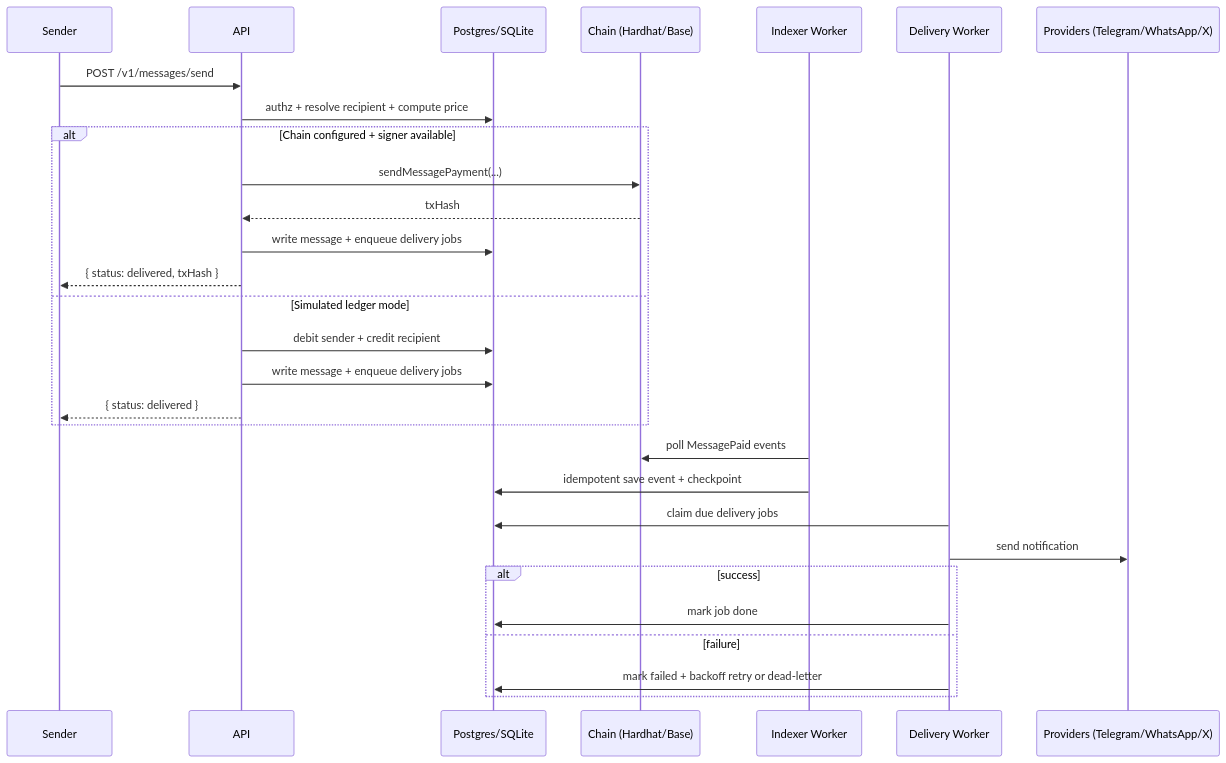
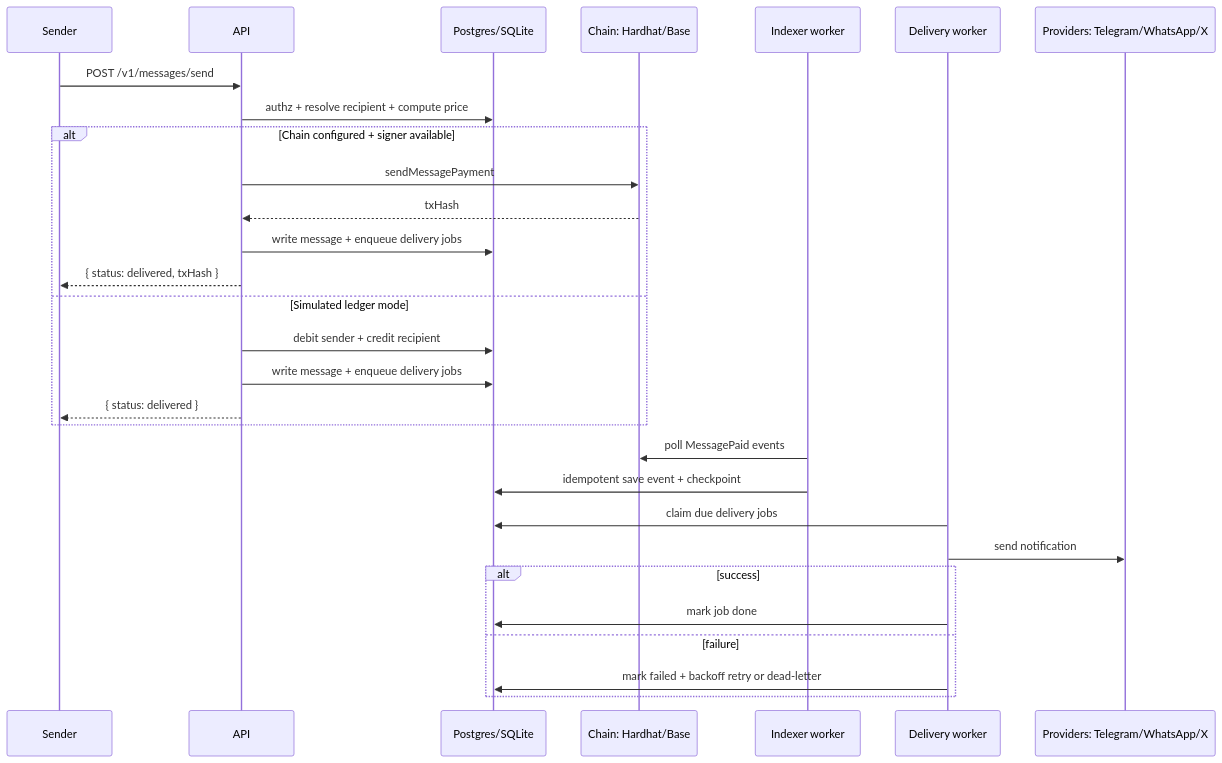
One commit to gary322/Multi-Messaging-Paid changed the fifth of 14 diagrams in README.md. Above: the diagram before and after it, drawn with Mermaid. The commit also changed other lines of this file, not shown here.

Commit message:
Docs: make all Mermaid diagrams GitHub-compatible

````diff
--- a/README.md
+++ b/README.md
@@ -241,35 +244,35 @@
 ```mermaid
 sequenceDiagram
   participant S as Sender
   participant A as API
   participant DB as Postgres/SQLite
-  participant C as Chain (Hardhat/Base)
-  participant I as Indexer Worker
-  participant W as Delivery Worker
-  participant P as Providers (Telegram/WhatsApp/X)
+  participant C as Chain: Hardhat/Base
+  participant I as Indexer worker
+  participant W as Delivery worker
+  participant P as Providers: Telegram/WhatsApp/X
 
   S->>A: POST /v1/messages/send
   A->>DB: authz + resolve recipient + compute price
 
   alt Chain configured + signer available
-    A->>C: sendMessagePayment(...)
+    A->>C: sendMessagePayment
     C-->>A: txHash
     A->>DB: write message + enqueue delivery jobs
     A-->>S: { status: delivered, txHash }
   else Simulated ledger mode
     A->>DB: debit sender + credit recipient
     A->>DB: write message + enqueue delivery jobs
     A-->>S: { status: delivered }
   end
 
   I->>C: poll MessagePaid events
   I->>DB: idempotent save event + checkpoint
 
   W->>DB: claim due delivery jobs
   W->>P: send notification
   alt success
     W->>DB: mark job done
   else failure
     W->>DB: mark failed + backoff retry or dead-letter
   end
 ```
````
